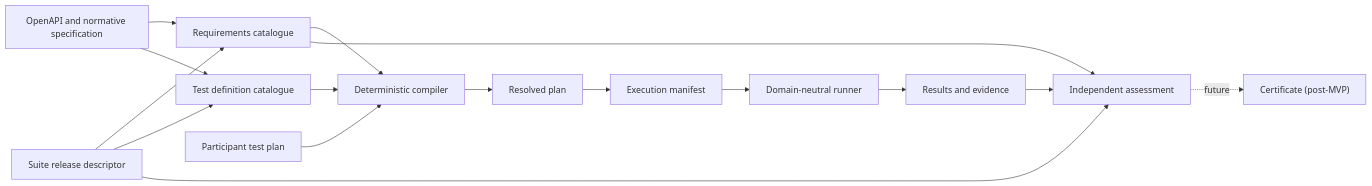
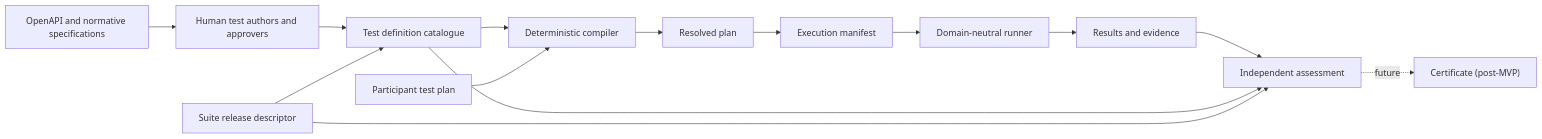
The diagram in docs/TEST_PLAN_ARCHITECTURE_MIGRATION_GUIDE.md (OpenBankingUK/conformance-suite-v2), drawn with Mermaid before and after one commit. The commit also changed other lines of this file, not shown here.

First line of the commit message:
docs(architecture): establish test catalogue authority

````diff
--- a/docs/TEST_PLAN_ARCHITECTURE_MIGRATION_GUIDE.md
+++ b/docs/TEST_PLAN_ARCHITECTURE_MIGRATION_GUIDE.md
@@ -203,31 +221,29 @@
 ```mermaid
 flowchart LR
-    SPEC["OpenAPI and normative specification"]
+    SPEC["OpenAPI and normative specifications"]
+    AUTHORS["Human test authors and approvers"]
     RELEASE["Suite release descriptor"]
-    REQ["Requirements catalogue"]
     TESTS["Test definition catalogue"]
     PLAN["Participant test plan"]
     COMPILER["Deterministic compiler"]
     RESOLVED["Resolved plan"]
     MANIFEST["Execution manifest"]
     RUNNER["Domain-neutral runner"]
     RESULT["Results and evidence"]
     ASSESS["Independent assessment"]
     CERT["Certificate (post-MVP)"]
 
-    SPEC --> REQ
-    SPEC --> TESTS
-    RELEASE --> REQ
+    SPEC --> AUTHORS
+    AUTHORS --> TESTS
     RELEASE --> TESTS
-    REQ --> COMPILER
     TESTS --> COMPILER
     PLAN --> COMPILER
     COMPILER --> RESOLVED
     RESOLVED --> MANIFEST
     MANIFEST --> RUNNER
     RUNNER --> RESULT
     RESULT --> ASSESS
-    REQ --> ASSESS
+    TESTS --> ASSESS
     RELEASE --> ASSESS
     ASSESS -. future .-> CERT
 ```
````
